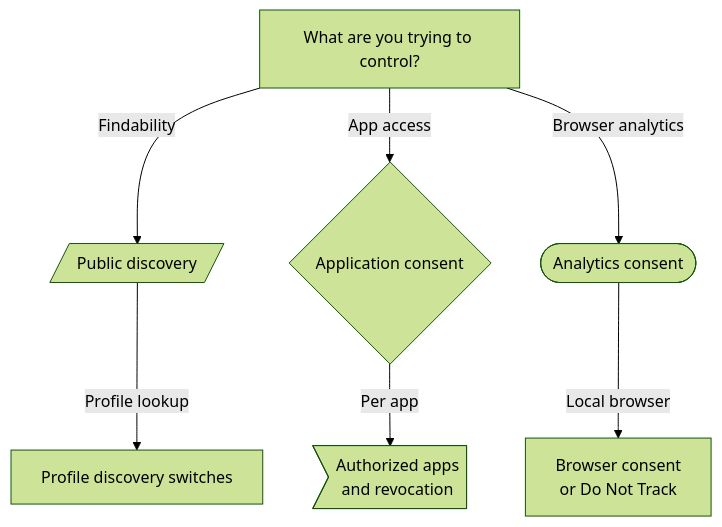
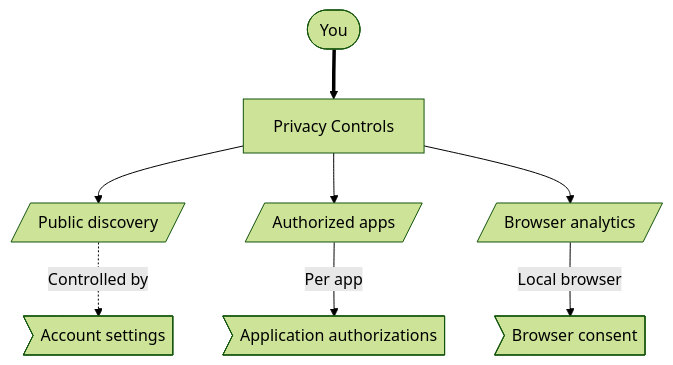
The diagram in docs/players/privacy-controls.md (ArkanisCorporation/CitizenId-docs), drawn with Mermaid (forest theme) before and after one commit. The commit also changed other lines of this file and 4 other files, not shown here.

Commit message:
fix: improve third-party app docs

````diff
--- a/docs/players/privacy-controls.md
+++ b/docs/players/privacy-controls.md
@@ -26,24 +26,30 @@
 ```mermaid
 flowchart TD
-  start["What are you trying to control?"]
-  discovery[/Public discovery/]
-  consent{"Application consent"}
-  analytics(["Analytics consent"])
-  public["Profile discovery switches"]
-  authorized>Authorized apps<br/>and revocation]
-  local["Browser consent<br/>or Do Not Track"]
+  you([You])
+  controls["Privacy Controls"]
 
-  start -->|"Findability"| discovery
-  start -->|"App access"| consent
-  start -->|"Browser analytics"| analytics
-  discovery -->|"Profile lookup"| public
-  consent -->|"Per app"| authorized
+  external[/Public discovery/]
+  apps[/"Authorized apps"/]
+  analytics[/"Browser analytics"/]
+
+  privacy>"Account settings"]
+  authorized>Application authorizations]
+  local>"Browser consent"]
+
+  you ==> controls
+
+  controls --> external
+  controls --> apps
+  controls --> analytics
+
+  external -.->|"Controlled by"| privacy
+  apps -->|"Per app"| authorized
   analytics -->|"Local browser"| local
 
-  class start,consent decision;
-  class discovery,public data;
-  class analytics,local context;
-  class authorized caution;
+  class you actor;
+  class external,apps,analytics context;
 
-  click authorized "/players/external-apps" "Open Third-Party Apps" _self
+  click privacy "#discovery-options" "Open Discovery Options" _self
+  click authorized "/players/third-party-apps" "Open Third-Party Apps" _self
+  click local "#analytics-consent" "Open Analytics Consent" _self
 ```
````
